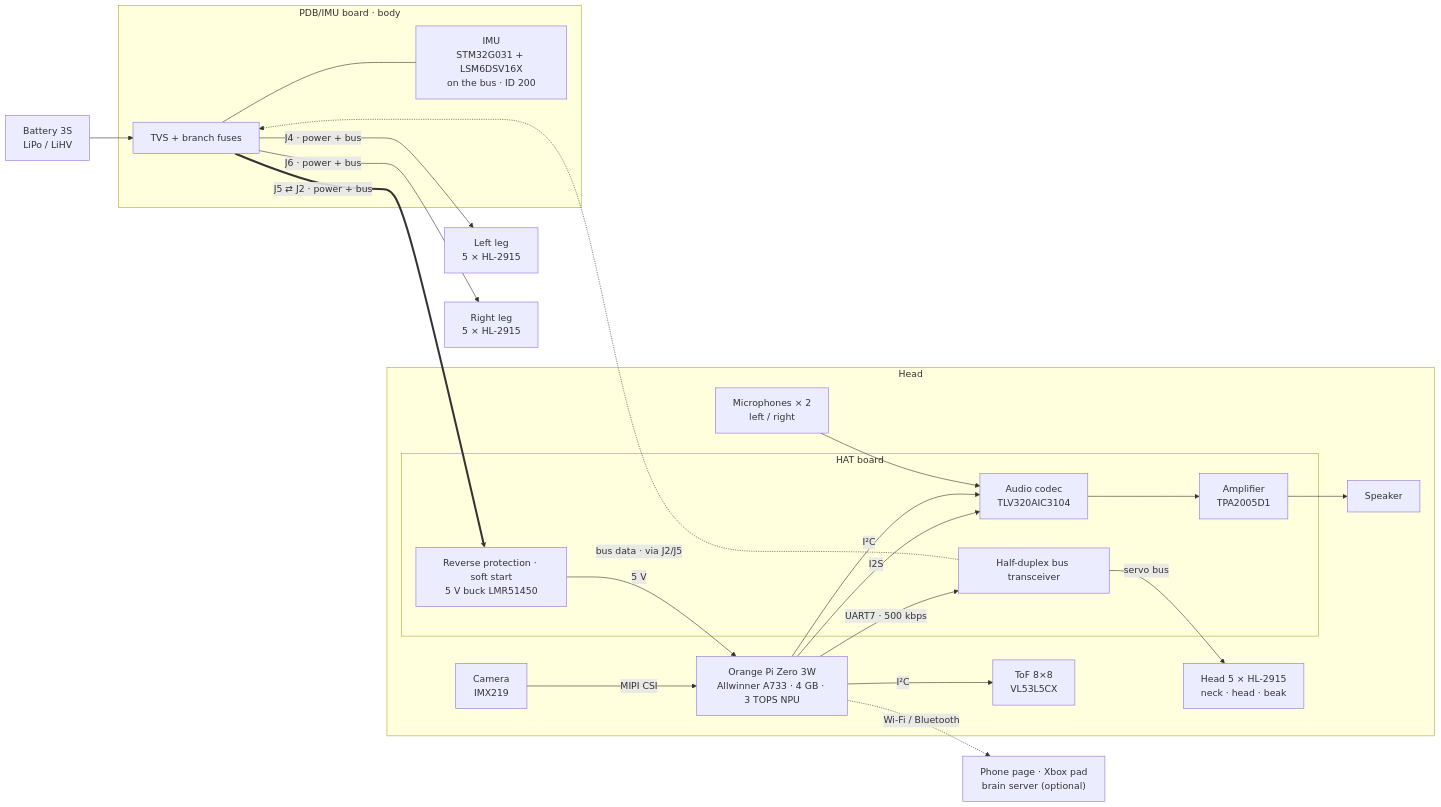
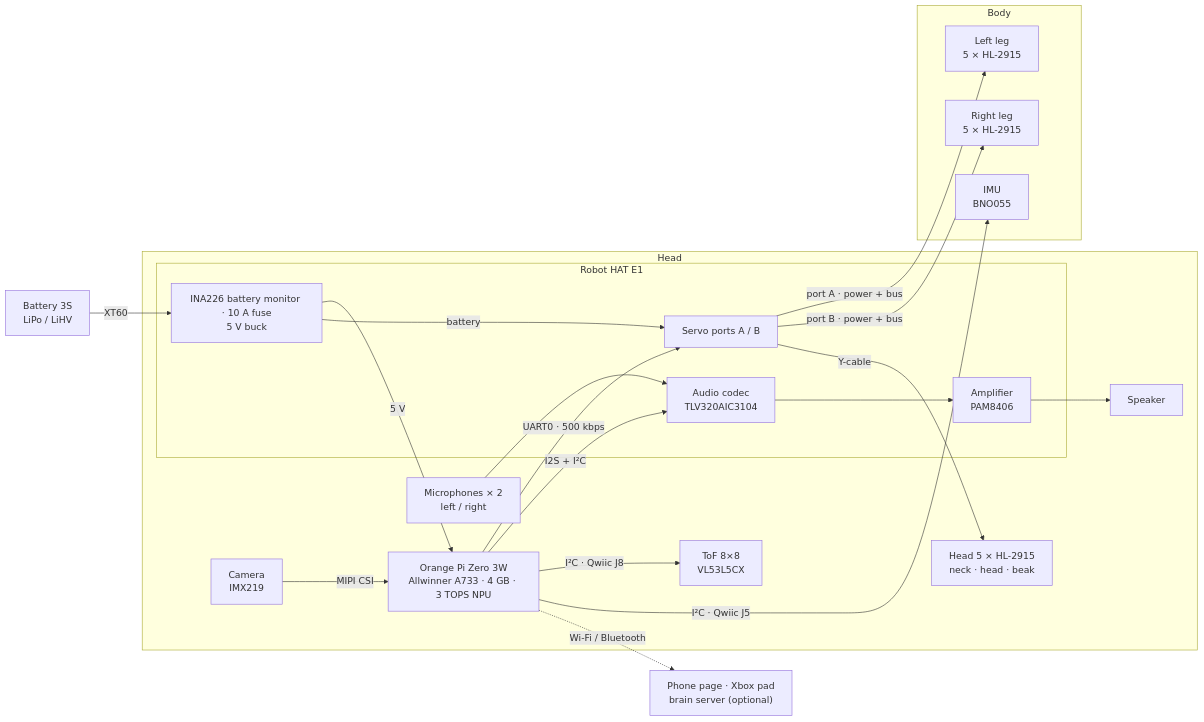
One commit to canadoce/DuckBuddy changed the second of 2 diagrams in README.md. Above: the diagram before and after it, drawn with Mermaid. The commit also changed other lines of this file and 28 other files, not shown here.

First line of the commit message:
docs: Robot HAT E1 only, English README as the default

````diff
--- a/README.md
+++ b/README.md
@@ -109,37 +113,36 @@
 ```mermaid
 flowchart LR
-  BAT["Battery 3S<br/>LiPo / LiHV"] --> PROT
-  subgraph PDB["PDB/IMU board · body"]
-    PROT["TVS + branch fuses"]
-    IMU["IMU<br/>STM32G031 + LSM6DSV16X<br/>on the bus · ID 200"]
-  end
-  PROT -- "J4 · power + bus" --> LLEG["Left leg<br/>5 × HL-2915"]
-  PROT -- "J6 · power + bus" --> RLEG["Right leg<br/>5 × HL-2915"]
-  PROT --- IMU
-  PROT == "J5 ⇄ J2 · power + bus" ==> PWR
+  BAT["Battery 3S<br/>LiPo / LiHV"] -- "XT60" --> PWR
   subgraph HEAD["Head"]
-    subgraph HAT["HAT board"]
-      PWR["Reverse protection · soft start<br/>5 V buck LMR51450"]
-      XCV["Half-duplex bus transceiver"]
+    subgraph HAT["Robot HAT E1"]
+      PWR["INA226 battery monitor · 10 A fuse<br/>5 V buck"]
+      PORTS["Servo ports A / B"]
       CODEC["Audio codec<br/>TLV320AIC3104"]
-      AMP["Amplifier<br/>TPA2005D1"]
+      AMP["Amplifier<br/>PAM8406"]
     end
     OPI["Orange Pi Zero 3W<br/>Allwinner A733 · 4 GB · 3 TOPS NPU"]
     HSERVO["Head 5 × HL-2915<br/>neck · head · beak"]
     MIC["Microphones × 2<br/>left / right"]
     SPK["Speaker"]
     TOF["ToF 8×8<br/>VL53L5CX"]
     CAM["Camera<br/>IMX219"]
   end
+  subgraph BODY["Body"]
+    LLEG["Left leg<br/>5 × HL-2915"]
+    RLEG["Right leg<br/>5 × HL-2915"]
+    IMU["IMU<br/>BNO055"]
+  end
   PWR -- "5 V" --> OPI
-  OPI -- "UART7 · 500 kbps" --> XCV
-  XCV -- "servo bus" --> HSERVO
-  XCV -. "bus data · via J2/J5" .-> PROT
-  OPI -- "I2S" --> CODEC
-  OPI -- "I²C" --> CODEC
-  OPI -- "I²C" --> TOF
+  PWR -- "battery" --> PORTS
+  OPI -- "UART0 · 500 kbps" --> PORTS
+  PORTS -- "port A · power + bus" --> LLEG
+  PORTS -- "port B · power + bus" --> RLEG
+  PORTS -- "Y-cable" --> HSERVO
+  OPI -- "I2S + I²C" --> CODEC
+  OPI -- "I²C · Qwiic J8" --> TOF
+  OPI -- "I²C · Qwiic J5" --> IMU
   CAM -- "MIPI CSI" --> OPI
   MIC --> CODEC
   CODEC --> AMP --> SPK
   OPI -. "Wi-Fi / Bluetooth" .-> EXT["Phone page · Xbox pad<br/>brain server (optional)"]
 ```
````
